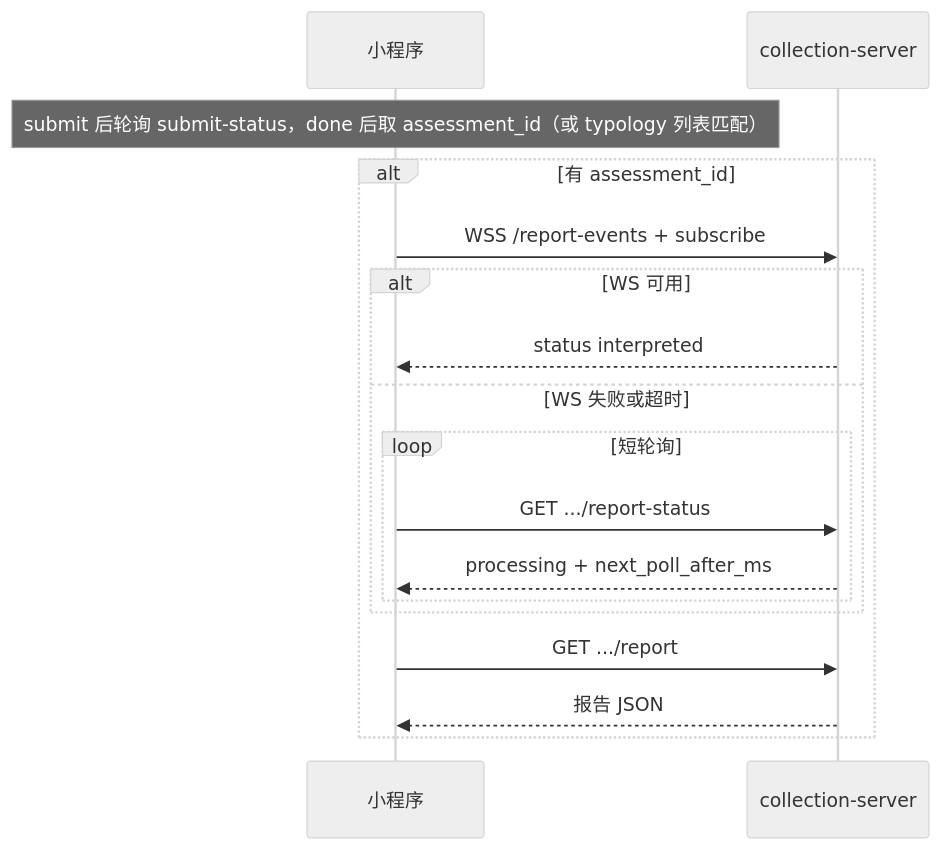
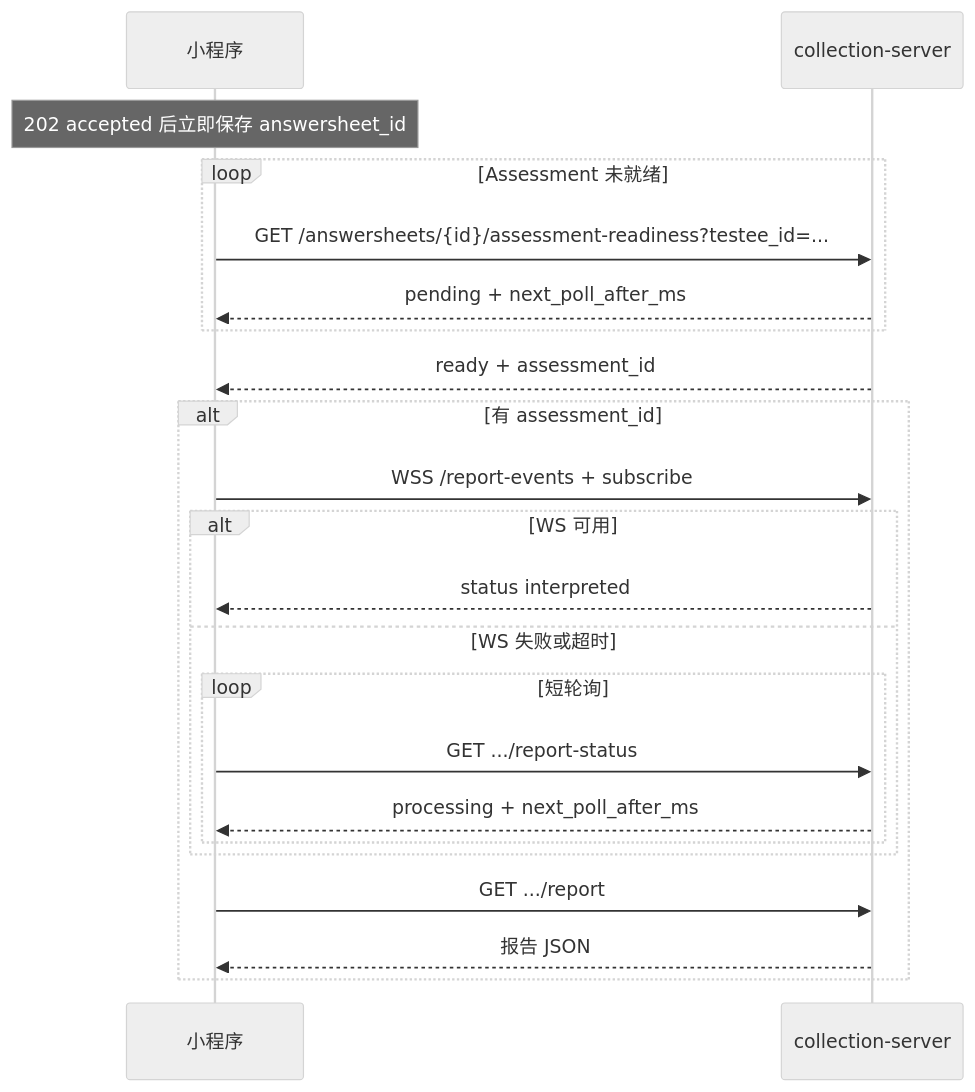
Before and after one commit to FangcunMount/qs-server: the diagram in docs/04-接口与运维/12-小程序报告等待接入指南.md, drawn with Mermaid (neutral theme). The commit also changed other lines of this file and 73 other files, not shown here.

````diff
--- a/docs/04-接口与运维/12-小程序报告等待接入指南.md
+++ b/docs/04-接口与运维/12-小程序报告等待接入指南.md
@@ -265,21 +265,26 @@
 ```mermaid
 sequenceDiagram
     participant MP as 小程序
     participant CS as collection-server
 
-    Note over MP: submit 后轮询 submit-status，done 后取 assessment_id（或 typology 列表匹配）
+    Note over MP: 202 accepted 后立即保存 answersheet_id
+    loop Assessment 未就绪
+        MP->>CS: GET /answersheets/{id}/assessment-readiness?testee_id=...
+        CS-->>MP: pending + next_poll_after_ms
+    end
+    CS-->>MP: ready + assessment_id
 
     alt 有 assessment_id
         MP->>CS: WSS /report-events + subscribe
         alt WS 可用
             CS-->>MP: status interpreted
         else WS 失败或超时
             loop 短轮询
                 MP->>CS: GET .../report-status
                 CS-->>MP: processing + next_poll_after_ms
             end
         end
         MP->>CS: GET .../report
         CS-->>MP: 报告 JSON
     end
 ```
````
